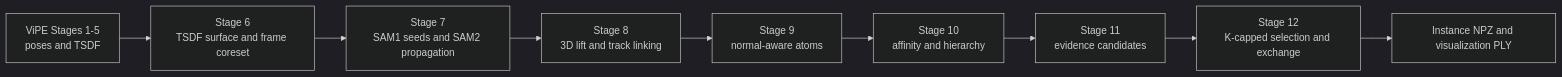
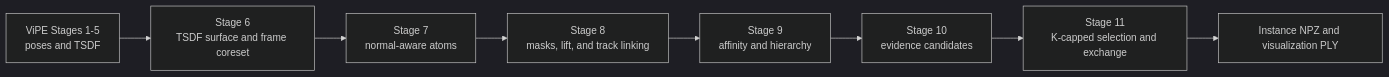
The diagram in ALGORITHM.md (sadanand1120/vipe), drawn with Mermaid (dark theme) before and after one commit. The commit also changed other lines of this file and 10 other files, not shown here.

Commit message:
Stream TSDF instance evidence efficiently

````diff
--- a/ALGORITHM.md
+++ b/ALGORITHM.md
@@ -7,11 +7,10 @@
 ```mermaid
 flowchart LR
     V[ViPE Stages 1-5<br/>poses and TSDF] --> S6[Stage 6<br/>TSDF surface and frame coreset]
-    S6 --> S7[Stage 7<br/>SAM1 seeds and SAM2 propagation]
-    S7 --> S8[Stage 8<br/>3D lift and track linking]
-    S8 --> S9[Stage 9<br/>normal-aware atoms]
-    S9 --> S10[Stage 10<br/>affinity and hierarchy]
-    S10 --> S11[Stage 11<br/>evidence candidates]
-    S11 --> S12[Stage 12<br/>K-capped selection and exchange]
-    S12 --> O[Instance NPZ and visualization PLY]
+    S6 --> S7[Stage 7<br/>normal-aware atoms]
+    S7 --> S8[Stage 8<br/>masks, lift, and track linking]
+    S8 --> S9[Stage 9<br/>affinity and hierarchy]
+    S9 --> S10[Stage 10<br/>evidence candidates]
+    S10 --> S11[Stage 11<br/>K-capped selection and exchange]
+    S11 --> O[Instance NPZ and visualization PLY]
 ```
````
